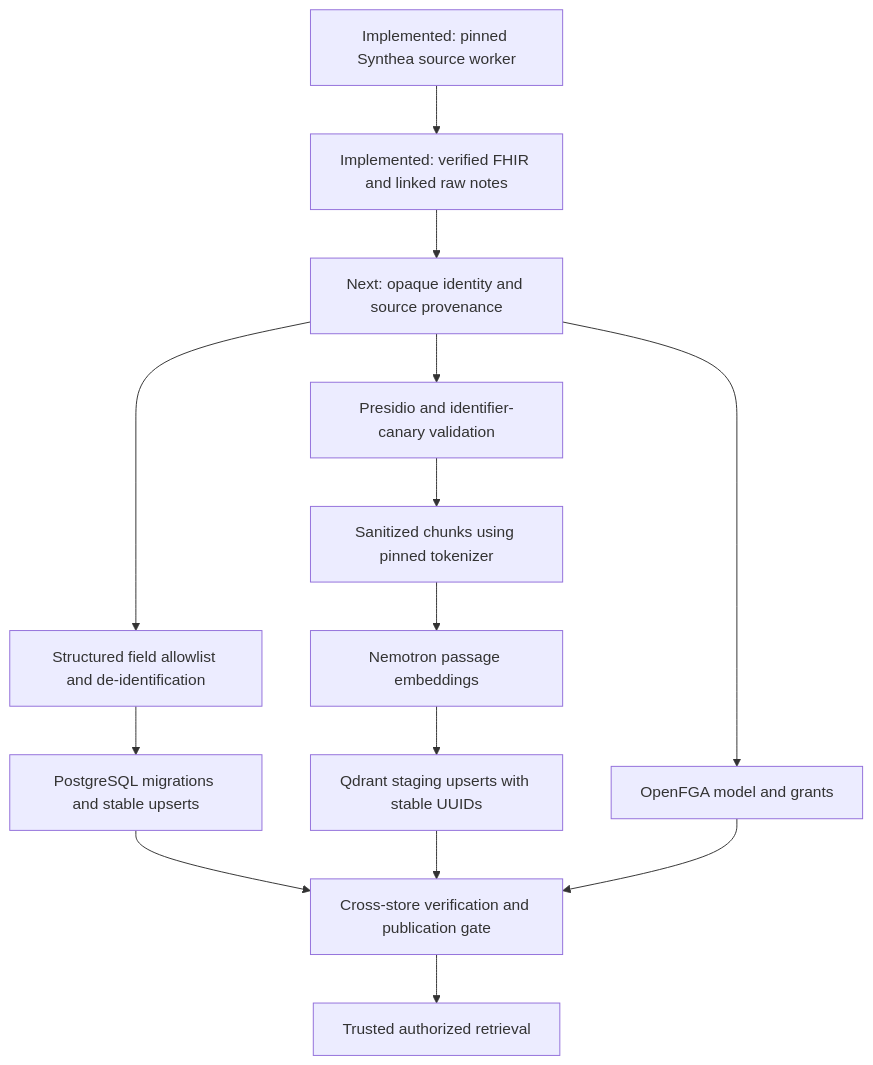
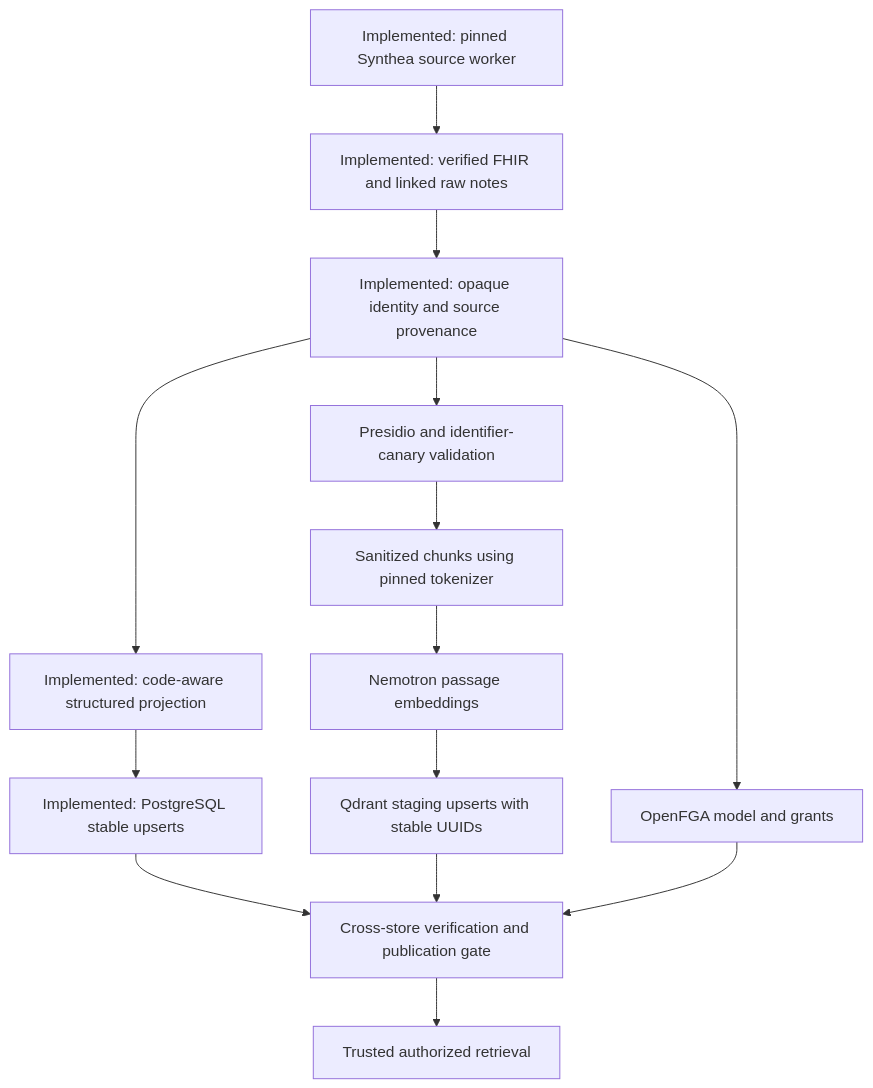
The diagram in backend/ingestion/RUNBOOK.md (Swiss-ai-Weeks/secure-clinical-agent), drawn with Mermaid before and after one commit. The commit also changed other lines of this file and 21 other files, not shown here.

````diff
--- a/backend/ingestion/RUNBOOK.md
+++ b/backend/ingestion/RUNBOOK.md
@@ -63,16 +63,16 @@
 ```mermaid
 flowchart TD
   S["Implemented: pinned Synthea source worker"] --> R["Implemented: verified FHIR and linked raw notes"]
-  R --> I["Next: opaque identity and source provenance"]
-  I --> F["Structured field allowlist and de-identification"]
-  F --> P["PostgreSQL migrations and stable upserts"]
+  R --> I["Implemented: opaque identity and source provenance"]
+  I --> F["Implemented: code-aware structured projection"]
+  F --> P["Implemented: PostgreSQL stable upserts"]
   I --> D["Presidio and identifier-canary validation"]
   D --> C["Sanitized chunks using pinned tokenizer"]
   C --> E["Nemotron passage embeddings"]
   E --> Q["Qdrant staging upserts with stable UUIDs"]
   I --> A["OpenFGA model and grants"]
   P --> V["Cross-store verification and publication gate"]
   Q --> V
   A --> V
   V --> T["Trusted authorized retrieval"]
 ```
````
